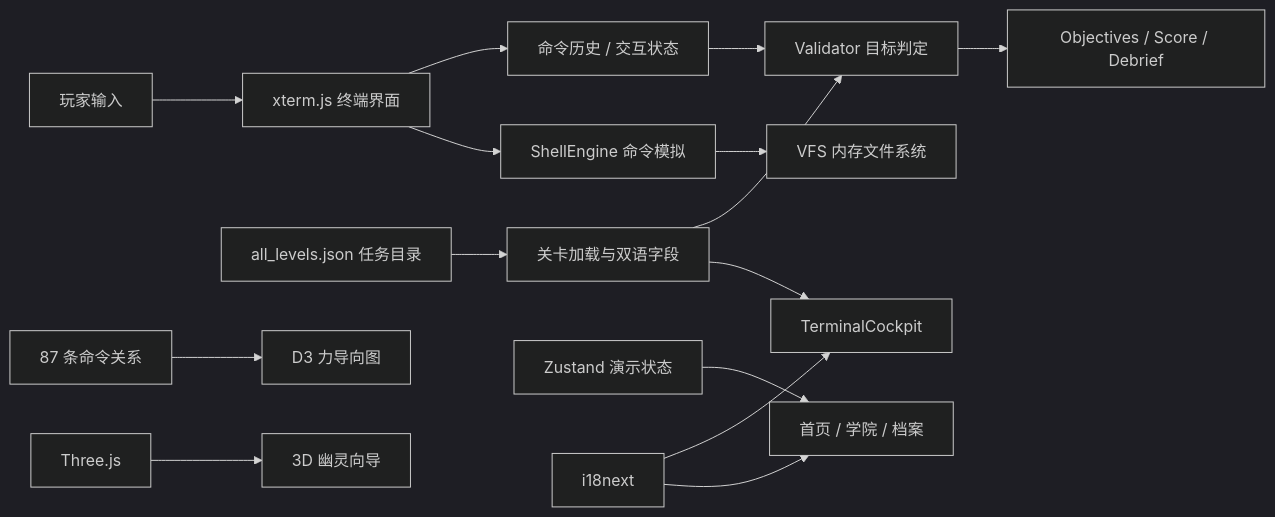
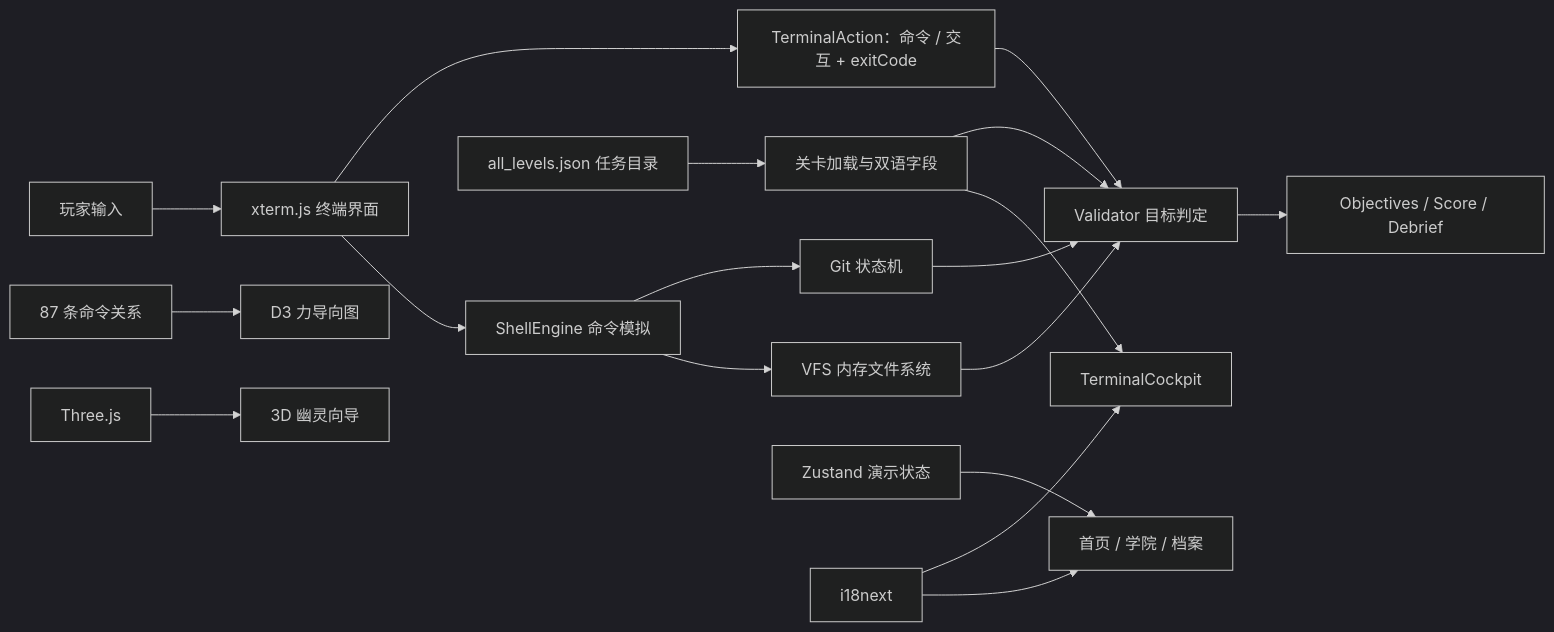
The diagram in README.md (DerongDeng-dero/Ghost-Mission), drawn with Mermaid (dark theme) before and after one commit. The commit also changed other lines of this file and 63 other files, not shown here.

````diff
--- a/README.md
+++ b/README.md
@@ -168,17 +169,20 @@
 ```mermaid
 flowchart LR
   U["玩家输入"] --> X["xterm.js 终端界面"]
   X --> S["ShellEngine 命令模拟"]
   S --> V["VFS 内存文件系统"]
-  X --> E["命令历史 / 交互状态"]
+  S --> K["Git 状态机"]
+  X --> E["TerminalAction：命令 / 交互 + exitCode"]
   D["all_levels.json 任务目录"] --> L["关卡加载与双语字段"]
   L --> T["TerminalCockpit"]
   E --> C["Validator 目标判定"]
+  V --> C
+  K --> C
   L --> C
   C --> P["Objectives / Score / Debrief"]
   A["87 条命令关系"] --> G["D3 力导向图"]
   R["Three.js"] --> H["3D 幽灵向导"]
   Z["Zustand 演示状态"] --> UI["首页 / 学院 / 档案"]
   I["i18next"] --> UI
   I --> T
 ```
````
